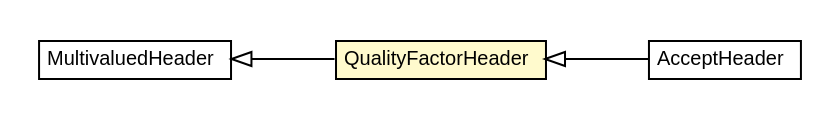
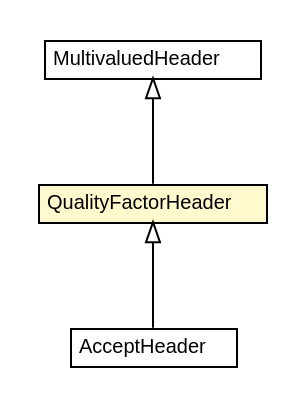
Before and after one commit to reinert/requestor: the diagram in 0.3.0-SNAPSHOT/javadoc/apidocs/io/reinert/requestor/header/QualityFactorHeader.dot, drawn with Graphviz. The commit also changed 1943 other files, not shown here.

```diff
--- a/0.3.0-SNAPSHOT/javadoc/apidocs/io/reinert/requestor/header/QualityFactorHeader.dot
+++ b/0.3.0-SNAPSHOT/javadoc/apidocs/io/reinert/requestor/header/QualityFactorHeader.dot
@@ -1,35 +1,34 @@
 #!/usr/local/bin/dot
 #
 # Class diagram 
 # Generated by UMLGraph version R5_6-24-gf6e263 (http://www.umlgraph.org/)
 #
 
 digraph G {
-	edge [fontname="arial",fontsize=10,labelfontname="arial",labelfontsize=10];
-	node [fontname="arial",fontsize=10,shape=plaintext];
+	edge [fontname="Helvetica",fontsize=10,labelfontname="Helvetica",labelfontsize=10];
+	node [fontname="Helvetica",fontsize=10,shape=plaintext];
 	nodesep=0.25;
 	ranksep=0.5;
-	rankdir=LR;
 	// io.reinert.requestor.header.QualityFactorHeader
-	c10065 [label=<<table title="io.reinert.requestor.header.QualityFactorHeader" border="0" cellborder="1" cellspacing="0" cellpadding="2" port="p" bgcolor="lemonChiffon" href="./QualityFactorHeader.html">
+	c22873 [label=<<table title="io.reinert.requestor.header.QualityFactorHeader" border="0" cellborder="1" cellspacing="0" cellpadding="2" port="p" bgcolor="lemonChiffon" href="./QualityFactorHeader.html">
 		<tr><td><table border="0" cellspacing="0" cellpadding="1">
 <tr><td align="center" balign="center"> QualityFactorHeader </td></tr>
 		</table></td></tr>
-		</table>>, URL="./QualityFactorHeader.html", fontname="arial", fontcolor="black", fontsize=10.0];
+		</table>>, URL="./QualityFactorHeader.html", fontname="Helvetica", fontcolor="black", fontsize=10.0];
+	// io.reinert.requestor.header.AcceptHeader
+	c22874 [label=<<table title="io.reinert.requestor.header.AcceptHeader" border="0" cellborder="1" cellspacing="0" cellpadding="2" port="p" href="./AcceptHeader.html">
+		<tr><td><table border="0" cellspacing="0" cellpadding="1">
+<tr><td align="center" balign="center"> AcceptHeader </td></tr>
+		</table></td></tr>
+		</table>>, URL="./AcceptHeader.html", fontname="Helvetica", fontcolor="black", fontsize=10.0];
 	// io.reinert.requestor.header.MultivaluedHeader
-	c10069 [label=<<table title="io.reinert.requestor.header.MultivaluedHeader" border="0" cellborder="1" cellspacing="0" cellpadding="2" port="p" href="./MultivaluedHeader.html">
+	c22880 [label=<<table title="io.reinert.requestor.header.MultivaluedHeader" border="0" cellborder="1" cellspacing="0" cellpadding="2" port="p" href="./MultivaluedHeader.html">
 		<tr><td><table border="0" cellspacing="0" cellpadding="1">
 <tr><td align="center" balign="center"> MultivaluedHeader </td></tr>
 		</table></td></tr>
-		</table>>, URL="./MultivaluedHeader.html", fontname="arial", fontcolor="black", fontsize=10.0];
-	// io.reinert.requestor.header.AcceptHeader
-	c10077 [label=<<table title="io.reinert.requestor.header.AcceptHeader" border="0" cellborder="1" cellspacing="0" cellpadding="2" port="p" href="./AcceptHeader.html">
-		<tr><td><table border="0" cellspacing="0" cellpadding="1">
-<tr><td align="center" balign="center"> AcceptHeader </td></tr>
-		</table></td></tr>
-		</table>>, URL="./AcceptHeader.html", fontname="arial", fontcolor="black", fontsize=10.0];
+		</table>>, URL="./MultivaluedHeader.html", fontname="Helvetica", fontcolor="black", fontsize=10.0];
 	//io.reinert.requestor.header.QualityFactorHeader extends io.reinert.requestor.header.MultivaluedHeader
-	c10069:p -> c10065:p [dir=back,arrowtail=empty];
+	c22880:p -> c22873:p [dir=back,arrowtail=empty];
 	//io.reinert.requestor.header.AcceptHeader extends io.reinert.requestor.header.QualityFactorHeader
-	c10065:p -> c10077:p [dir=back,arrowtail=empty];
+	c22873:p -> c22874:p [dir=back,arrowtail=empty];
 }
```
